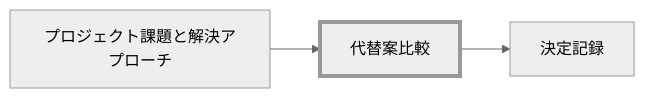
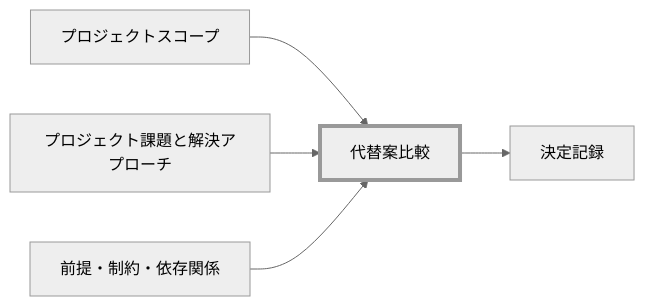
One commit to specdojo/specdojo changed the diagram in docs/ja/specdojo/rulebooks/prj-comparison-of-alternatives-rulebook.md. Above: the diagram before and after it, drawn with Mermaid (neutral theme). The commit also changed other lines of this file and 5 other files, not shown here.

````diff
--- a/docs/ja/specdojo/rulebooks/prj-comparison-of-alternatives-rulebook.md
+++ b/docs/ja/specdojo/rulebooks/prj-comparison-of-alternatives-rulebook.md
@@ -37,11 +40,15 @@
 ```mermaid
 flowchart LR
+  PSC["プロジェクトスコープ"]
   PIA["プロジェクト課題と解決アプローチ"]
+  ACD["前提・制約・依存関係"]
   COA["代替案比較"]
   DEC["決定記録"]
 
+  PSC --> COA
   PIA --> COA --> DEC
+  ACD --> COA
 
   classDef target stroke-width:4px
   class COA target
 ```
````
